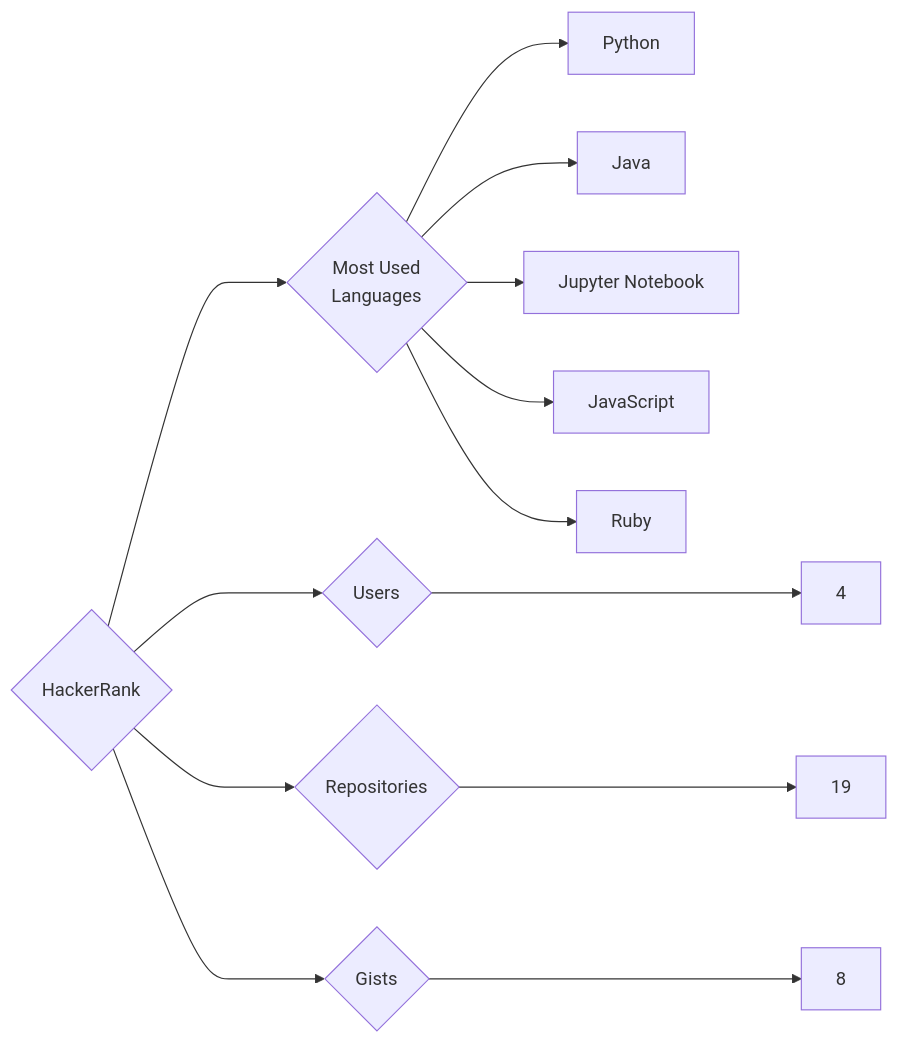
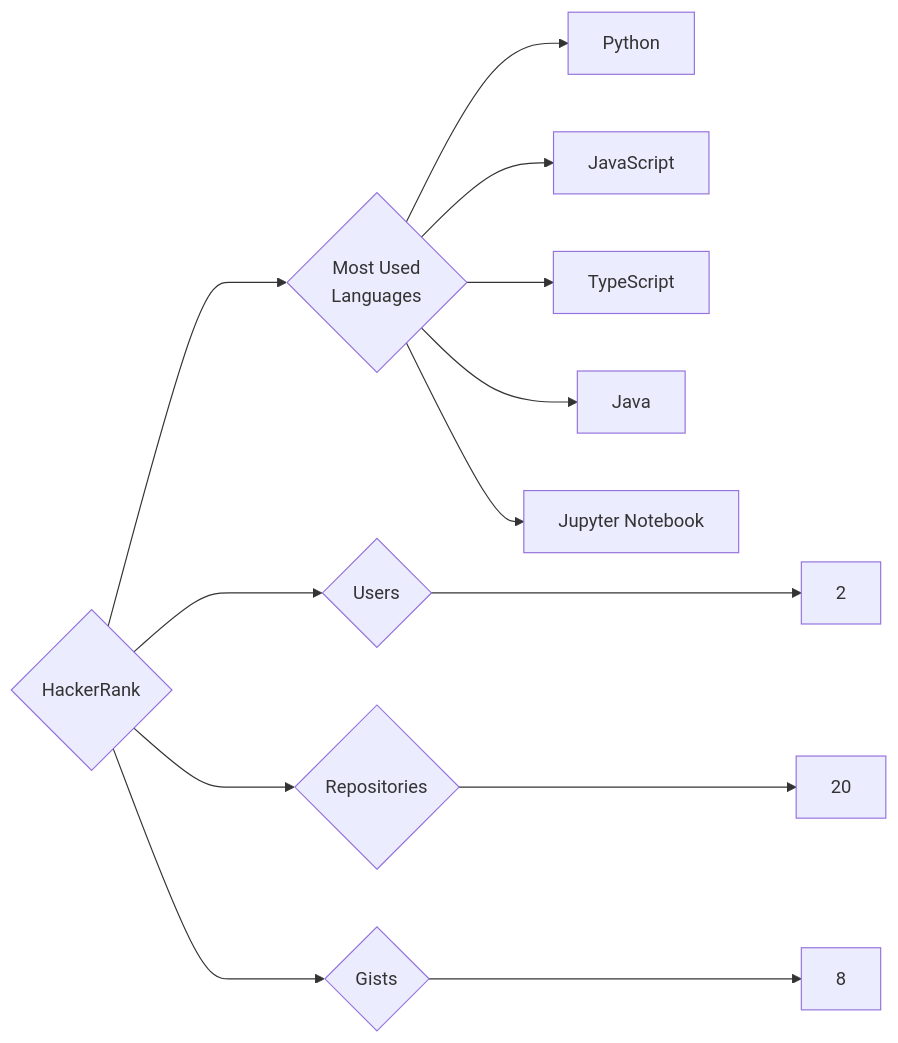
The diagram in targets/HackerRank/README.md (trickest/insiders), drawn with Mermaid before and after one commit. The commit also changed 688 other files, not shown here.

````diff
--- a/targets/HackerRank/README.md
+++ b/targets/HackerRank/README.md
@@ -3,13 +3,13 @@
 ```mermaid
 graph LR
 COMPANY_NAME{HackerRank}
-COMPANY_NAME ---> U{Users} ---> UN[4]
-COMPANY_NAME ---> R{Repositories} ---> RN[19]
+COMPANY_NAME ---> U{Users} ---> UN[2]
+COMPANY_NAME ---> R{Repositories} ---> RN[20]
 COMPANY_NAME ---> G{Gists} ---> GN[8]
 COMPANY_NAME ---> ML{Most Used<br>Languages}
 ML --> Python[Python]
+ML --> JavaScript[JavaScript]
+ML --> TypeScript[TypeScript]
 ML --> Java[Java]
 ML --> Jupyter_Notebook[Jupyter Notebook]
-ML --> JavaScript[JavaScript]
-ML --> Ruby[Ruby]
 ```
````
